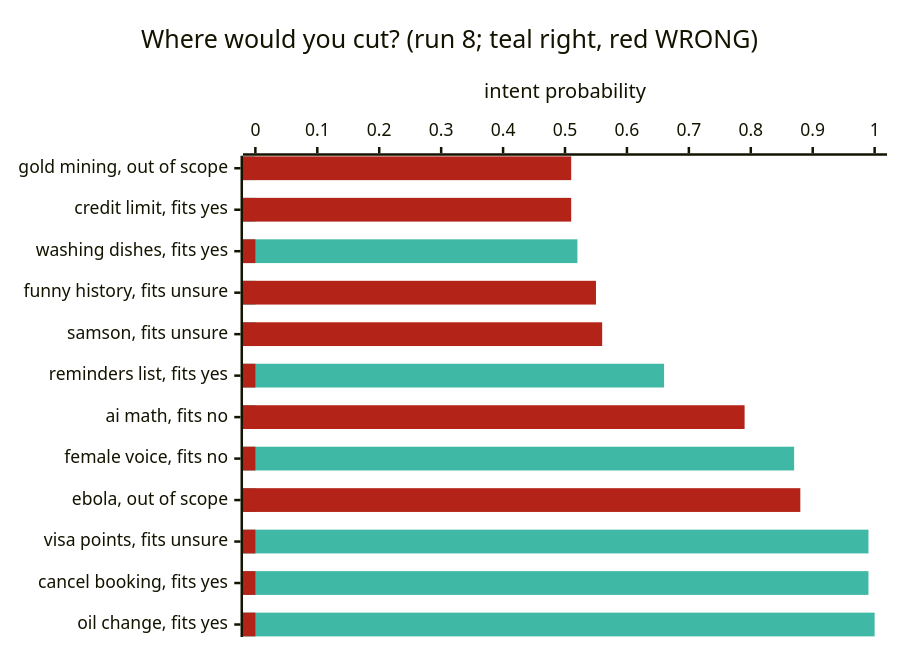
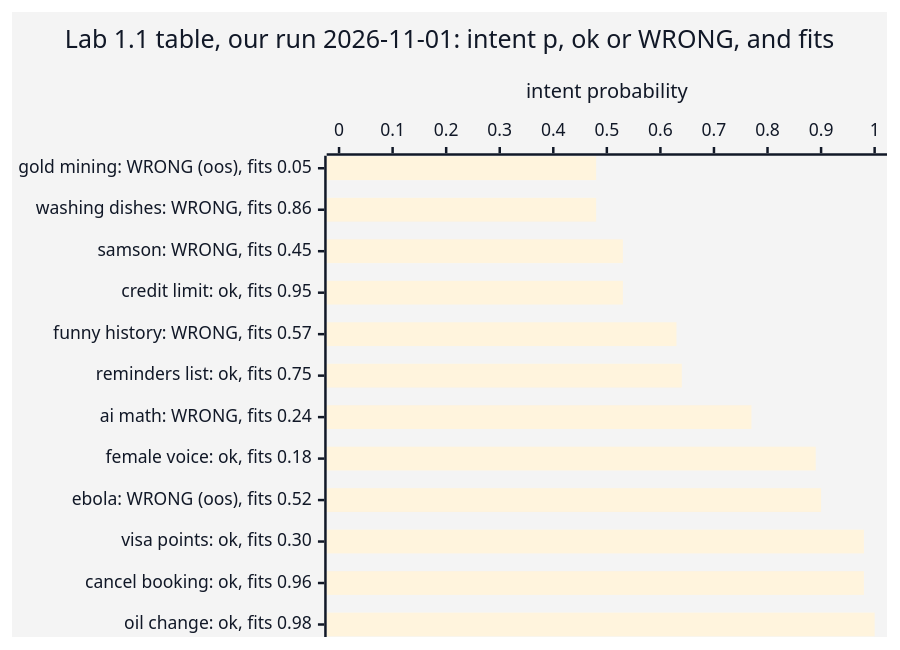
The diagram in course/diagrams/module_04/p1-lab1-table.mmd (axel-sirota/getting_started_jev), drawn with Mermaid before and after one commit. The commit also changed 29 other files, not shown here.

Commit message:
Module 4: notebooks and diagrams

```diff
--- a/course/diagrams/module_04/p1-lab1-table.mmd
+++ b/course/diagrams/module_04/p1-lab1-table.mmd
@@ -1,8 +1,6 @@
 %%{init: {"theme": "base", "themeVariables": {"fontFamily": "Inter, sans-serif", "primaryColor": "#ECF8F6", "primaryBorderColor": "#40B8A6", "primaryTextColor": "#111827", "lineColor": "#1A3D4D", "secondaryColor": "#F9FAFB", "tertiaryColor": "#FFFFFF", "clusterBkg": "#F9FAFB", "clusterBorder": "#D1D5DB", "actorBkg": "#ECF8F6", "actorBorder": "#40B8A6", "noteBkgColor": "#FFF6DA", "noteBorderColor": "#E0B84C"}}}%%
-%%{init: {"themeVariables": {"xyChart": {"plotColorPalette": "#40B8A6, #B42318"}}}}%%
 xychart-beta horizontal
-  title "Where would you cut? (run 8; teal right, red WRONG)"
-  x-axis ["gold mining, out of scope", "credit limit, fits yes", "washing dishes, fits yes", "funny history, fits unsure", "samson, fits unsure", "reminders list, fits yes", "ai math, fits no", "female voice, fits no", "ebola, out of scope", "visa points, fits unsure", "cancel booking, fits yes", "oil change, fits yes"]
+  title "Lab 1.1 table, our run 2026-11-01: intent p, ok or WRONG, and fits"
+  x-axis ["gold mining: WRONG (oos), fits 0.05", "washing dishes: WRONG, fits 0.86", "samson: WRONG, fits 0.45", "credit limit: ok, fits 0.95", "funny history: WRONG, fits 0.57", "reminders list: ok, fits 0.75", "ai math: WRONG, fits 0.24", "female voice: ok, fits 0.18", "ebola: WRONG (oos), fits 0.52", "visa points: ok, fits 0.30", "cancel booking: ok, fits 0.96", "oil change: ok, fits 0.98"]
   y-axis "intent probability" 0 --> 1
-  bar [0, 0, 0.52, 0, 0, 0.66, 0, 0.87, 0, 0.99, 0.99, 1.00]
-  bar [0.51, 0.51, 0, 0.55, 0.56, 0, 0.79, 0, 0.88, 0, 0, 0]
+  bar [0.48, 0.48, 0.53, 0.53, 0.63, 0.64, 0.77, 0.89, 0.90, 0.98, 0.98, 1.00]
```
